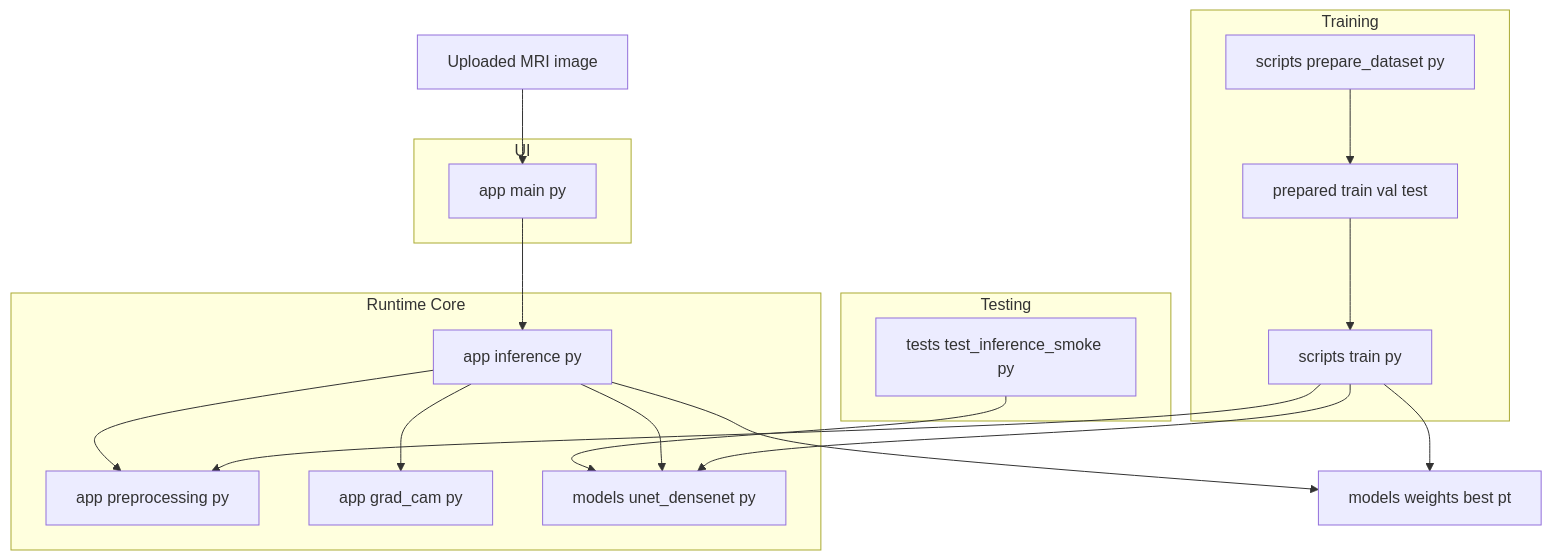
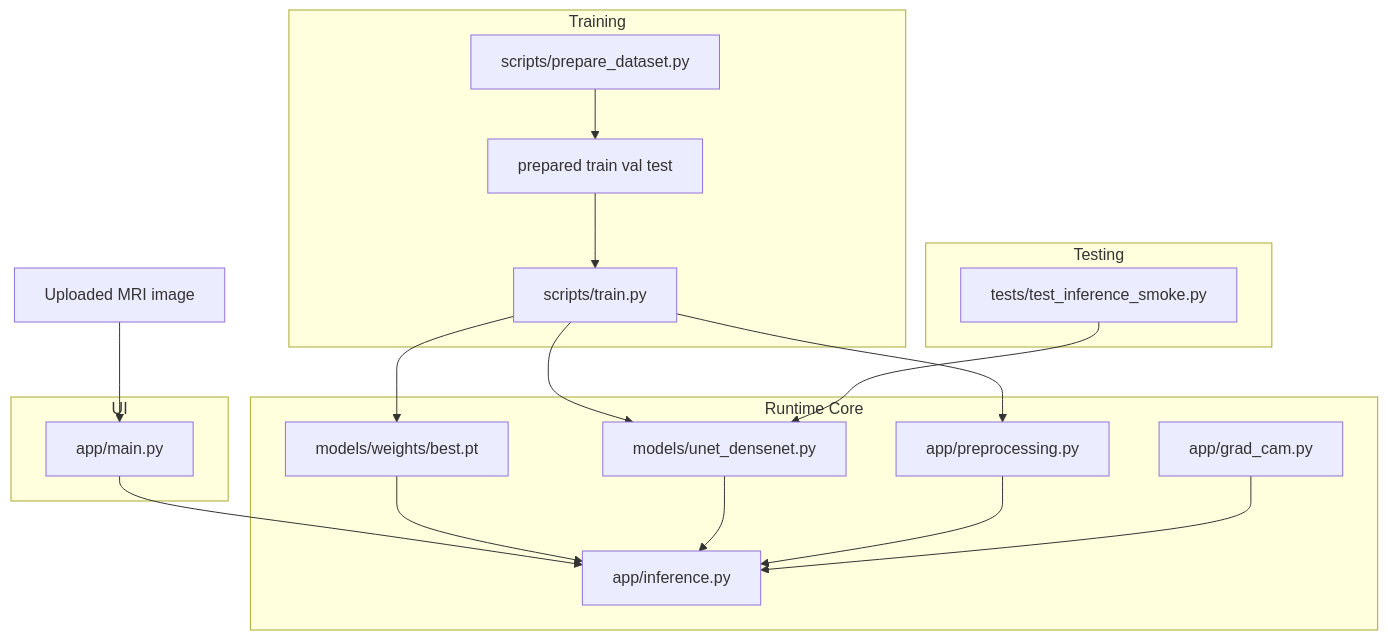
Before and after one commit to chempananickal/Tumor_Classifier: the first of 2 diagrams in docs/architecture.md, drawn with Mermaid. The commit also changed other lines of this file, not shown here.

Commit message:
docs: refine module dependency diagrams for clarity and accuracy

````diff
--- a/docs/architecture.md
+++ b/docs/architecture.md
@@ -18,32 +18,33 @@
 ```mermaid
 graph TD
-  U[Uploaded MRI image] --> M[app main py]
-  M --> IE[app inference py]
-  IE --> MW[models weights best pt]
-  TSP[scripts train py] --> MW
-  TSP --> PREP[app preprocessing py]
-  IE --> PREP
-  IE --> GC[app grad_cam py]
-  TSP --> MOD[models unet_densenet py]
-  IE --> MOD
-  TEST[tests test_inference_smoke py] --> MOD
-  PREPDS[scripts prepare_dataset py] --> DATA[prepared train val test]
+  U[Uploaded MRI image] --> M[app/main.py]
+  M --> IE[app/inference.py]
+  CKPT[models/weights/best.pt] --> IE
+  MOD[models/unet_densenet.py] --> IE
+  PREP[app/preprocessing.py] --> IE
+  GC[app/grad_cam.py] --> IE
+  TSP[scripts/train.py] --> CKPT
+  TSP --> MOD
+  TSP --> PREP
+  PREPDS[scripts/prepare_dataset.py] --> DATA[prepared train val test]
   DATA --> TSP
+  TEST[tests/test_inference_smoke.py] --> MOD
   subgraph Training
     PREPDS
     DATA
     TSP
   end
   subgraph Runtime Core
-    IE
+    MOD
     PREP
     GC
-    MOD
+    CKPT
+    IE
   end
   subgraph UI
     M
   end
   subgraph Testing
     TEST
   end
 ```
````
